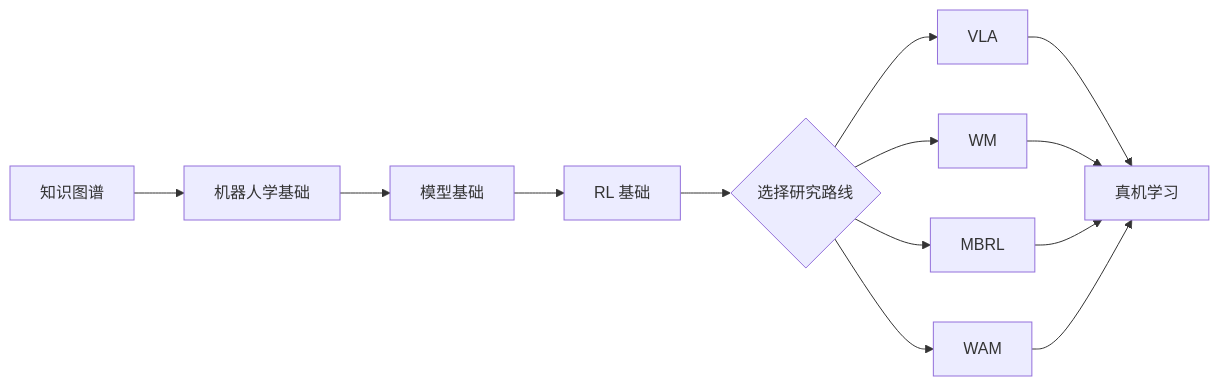
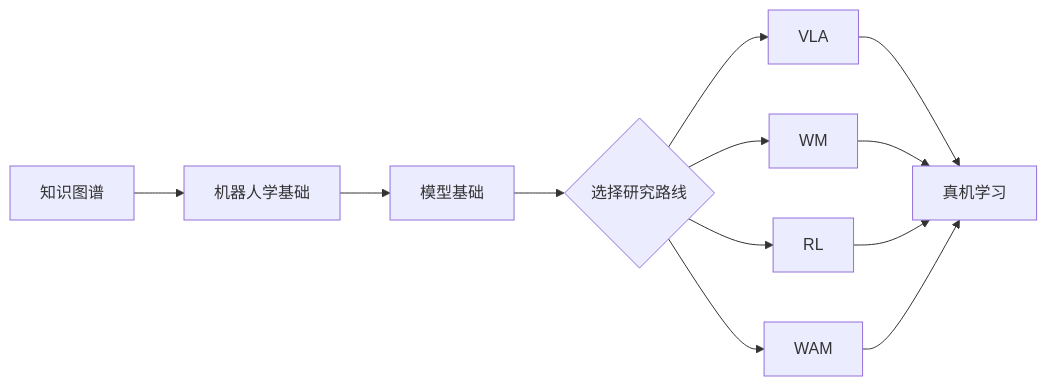
One commit to ppsdk/Embodied-AI-Start changed the first of 2 diagrams in README.md. Above: the diagram before and after it, drawn with Mermaid.

Commit message:
docs: refine learning route map

````diff
--- a/README.md
+++ b/README.md
@@ -26,15 +26,14 @@
 ```mermaid
 flowchart LR
     K["知识图谱"] --> R["机器人学基础"]
     R --> M["模型基础"]
-    M --> RL["RL 基础"]
-    RL --> CHOOSE{"选择研究路线"}
+    M --> CHOOSE{"选择研究路线"}
     CHOOSE --> VLA["VLA"]
     CHOOSE --> WM["WM"]
-    CHOOSE --> MBRL["MBRL"]
+    CHOOSE --> RL["RL"]
     CHOOSE --> WAM["WAM"]
     VLA --> REAL["真机学习"]
     WM --> REAL
-    MBRL --> REAL
+    RL --> REAL
     WAM --> REAL
 ```
````
